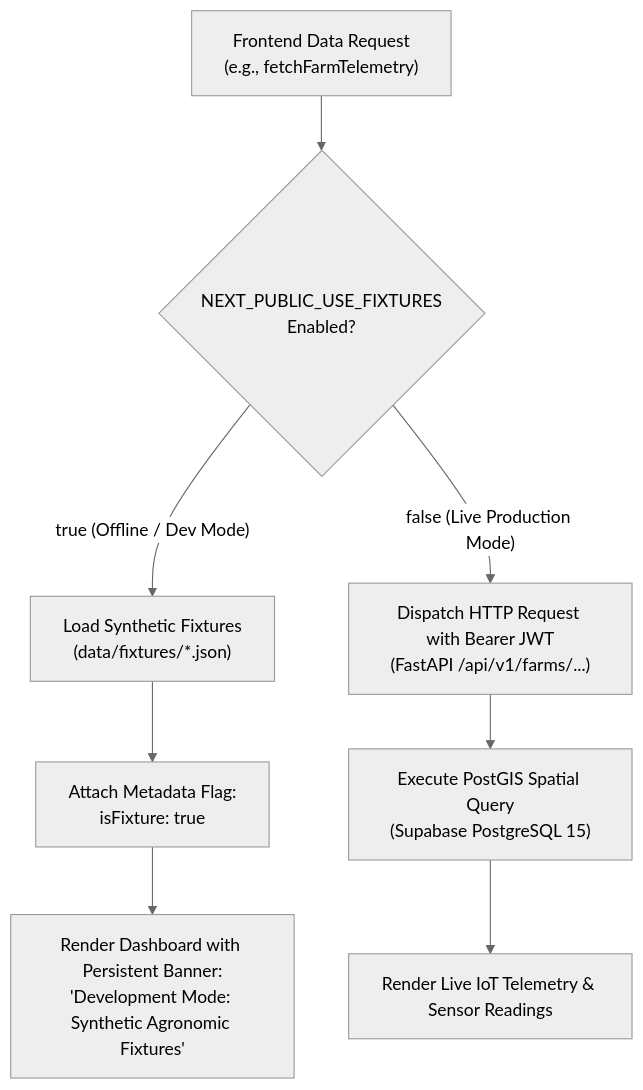
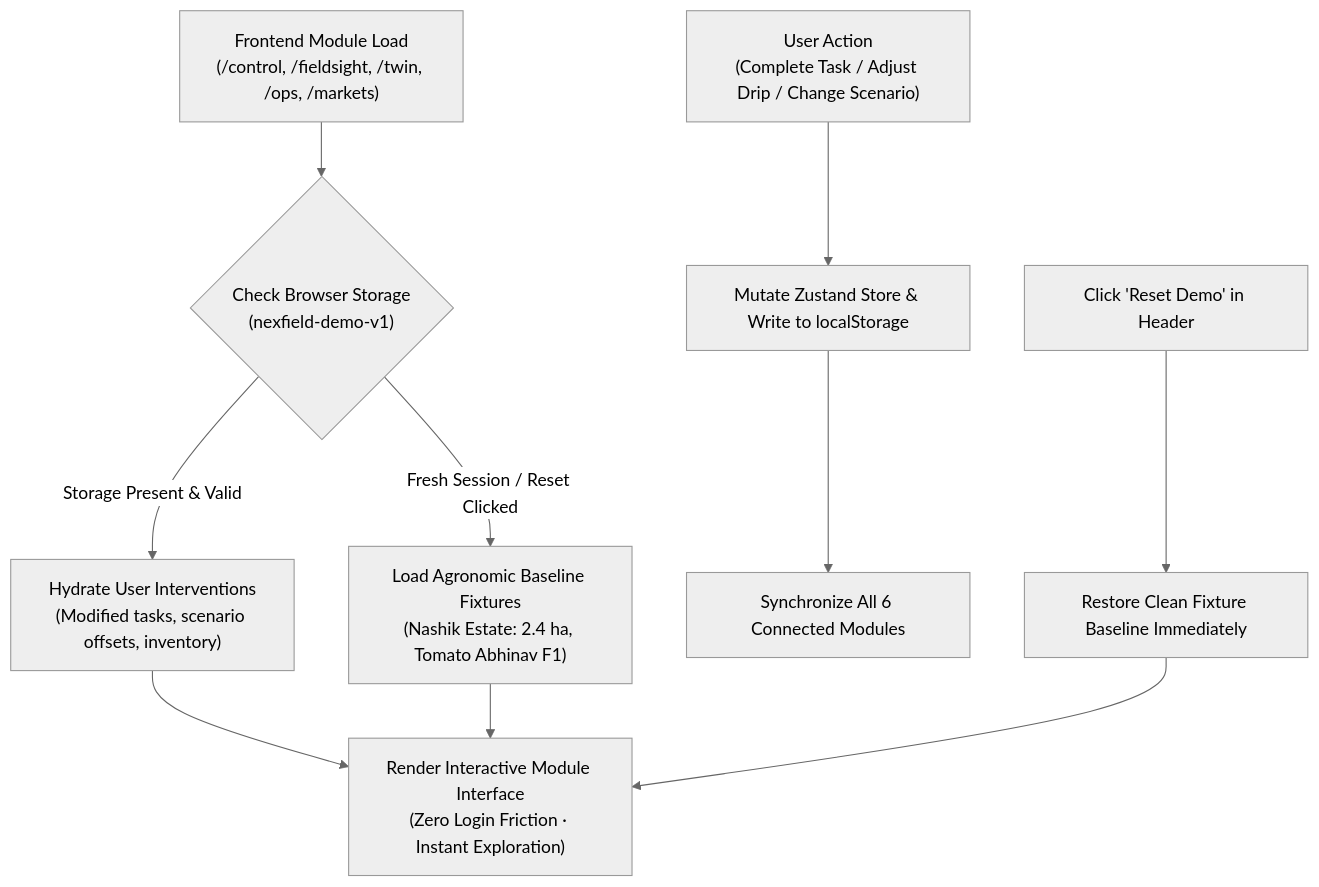
One commit to TanishBane/Nexfield changed the fourth of 6 diagrams in README.md. Above: the diagram before and after it, drawn with Mermaid (neutral theme). The commit also changed other lines of this file and 45 other files, not shown here.

Commit message:
chore(demo): complete Supabase removal, public zero-login demo transformation, and client persistence

````diff
--- a/README.md
+++ b/README.md
@@ -378,12 +378,15 @@
 ```mermaid
 flowchart TD
-    Req["Frontend Data Request<br/>(e.g., fetchFarmTelemetry)"] --> Switch{"NEXT_PUBLIC_USE_FIXTURES<br/>Enabled?"}
+    Req["Frontend Module Load<br/>(/control, /fieldsight, /twin, /ops, /markets)"] --> StoreCheck{"Check Browser Storage<br/>(nexfield-demo-v1)"}
 
-    Switch -- "true (Offline / Dev Mode)" --> FixtureLoader["Load Synthetic Fixtures<br/>(data/fixtures/*.json)"]
-    FixtureLoader --> AddFlag["Attach Metadata Flag:<br/>isFixture: true"]
-    AddFlag --> RenderDev["Render Dashboard with Persistent Banner:<br/>'Development Mode: Synthetic Agronomic Fixtures'"]
+    StoreCheck -- "Storage Present & Valid" --> LoadStored["Hydrate User Interventions<br/>(Modified tasks, scenario offsets, inventory)"]
+    StoreCheck -- "Fresh Session / Reset Clicked" --> LoadBaseline["Load Agronomic Baseline Fixtures<br/>(Nashik Estate: 2.4 ha, Tomato Abhinav F1)"]
 
-    Switch -- "false (Live Production Mode)" --> APIRequest["Dispatch HTTP Request with Bearer JWT<br/>(FastAPI /api/v1/farms/...)"]
-    APIRequest --> DBQuery["Execute PostGIS Spatial Query<br/>(Supabase PostgreSQL 15)"]
-    DBQuery --> RenderProd["Render Live IoT Telemetry & Sensor Readings"]
+    LoadStored --> RenderUI["Render Interactive Module Interface<br/>(Zero Login Friction · Instant Exploration)"]
+    LoadBaseline --> RenderUI
+
+    UserAction["User Action<br/>(Complete Task / Adjust Drip / Change Scenario)"] --> MutateState["Mutate Zustand Store & Write to localStorage"]
+    MutateState --> UpdateViews["Synchronize All 6 Connected Modules"]
+    ResetClick["Click 'Reset Demo' in Header"] --> RestoreClean["Restore Clean Fixture Baseline Immediately"]
+    RestoreClean --> RenderUI
 ```
````
